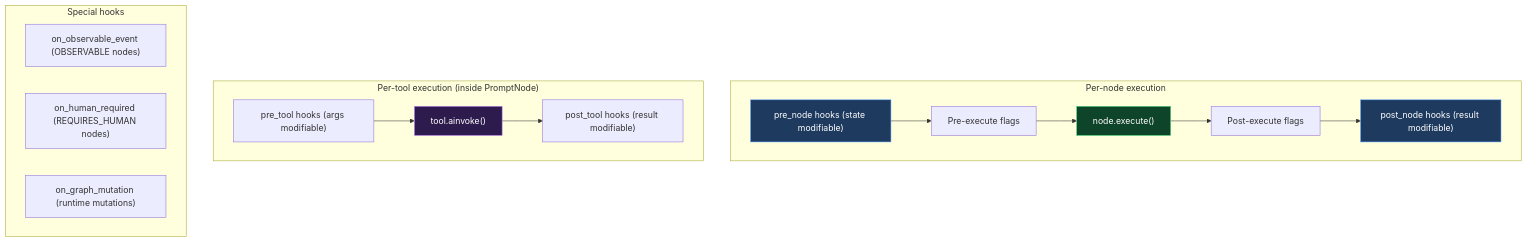
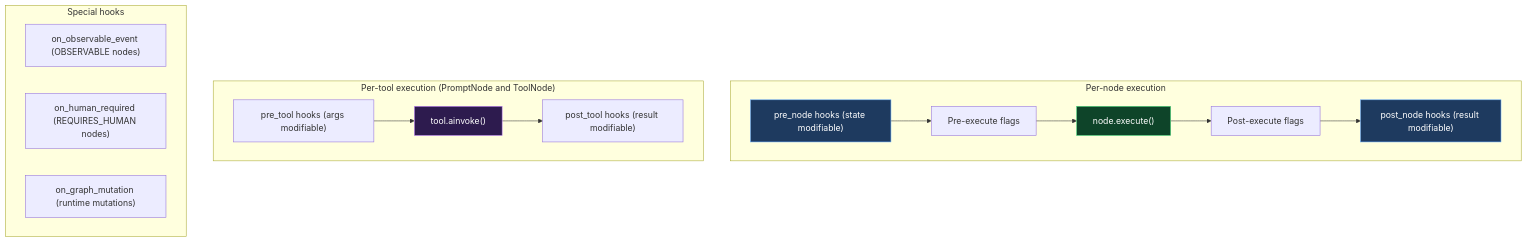
The tenth of 11 diagrams in docs/core/engine-internals.md (CloudEngineHub/DeepMCPAgent), drawn with Mermaid before and after one commit. The commit also changed 9 other files, not shown here.

First line of the commit message:
fix(engine): ToolNode runs tools the way PromptNode does

````diff
--- a/docs/core/engine-internals.md
+++ b/docs/core/engine-internals.md
@@ -348,25 +348,25 @@
 ```mermaid
 graph TD
     subgraph "Per-node execution"
         H1["pre_node hooks (state modifiable)"] --> FLAGS_PRE["Pre-execute flags"]
         FLAGS_PRE --> EXEC["node.execute()"]
         EXEC --> FLAGS_POST["Post-execute flags"]
         FLAGS_POST --> H2["post_node hooks (result modifiable)"]
     end
 
-    subgraph "Per-tool execution (inside PromptNode)"
+    subgraph "Per-tool execution (PromptNode and ToolNode)"
         H3["pre_tool hooks (args modifiable)"] --> TOOL["tool.ainvoke()"]
         TOOL --> H4["post_tool hooks (result modifiable)"]
     end
 
     subgraph "Special hooks"
         H5["on_observable_event (OBSERVABLE nodes)"]
         H6["on_human_required (REQUIRES_HUMAN nodes)"]
         H7["on_graph_mutation (runtime mutations)"]
     end
 
     style H1 fill:#1e3a5f,stroke:#60a5fa,color:#fff
     style H2 fill:#1e3a5f,stroke:#60a5fa,color:#fff
     style EXEC fill:#0e4429,stroke:#4ade80,color:#fff
     style TOOL fill:#2d1b4e,stroke:#c084fc,color:#fff
 ```
````
